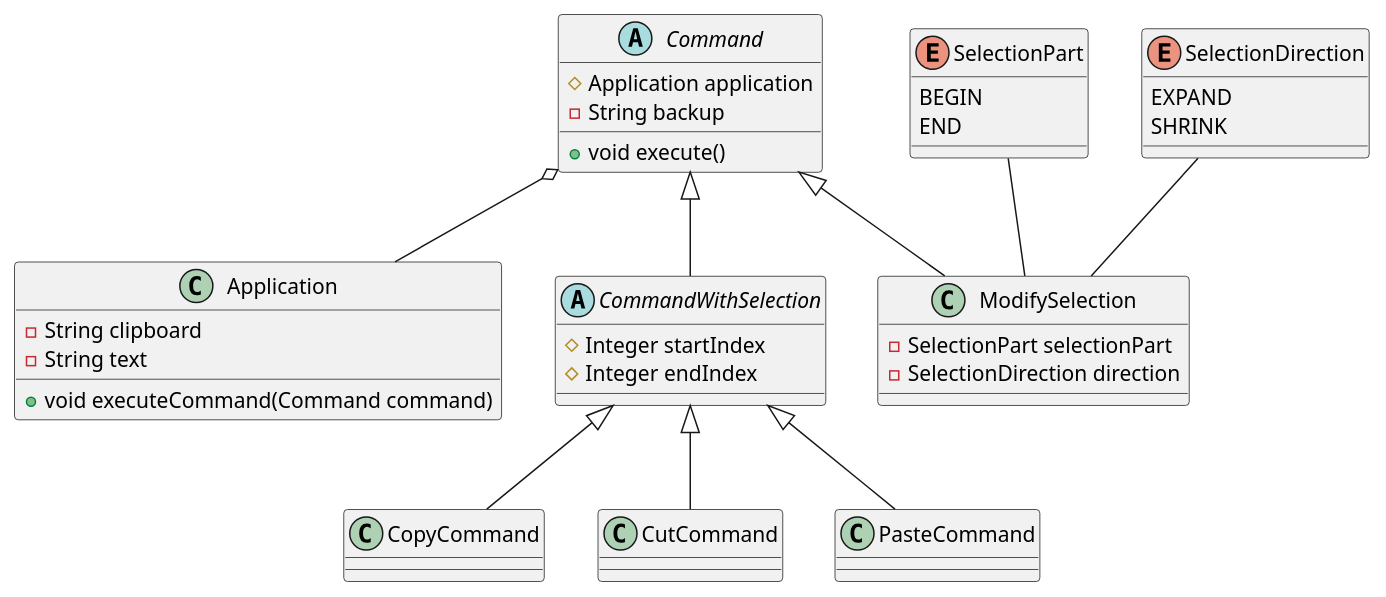
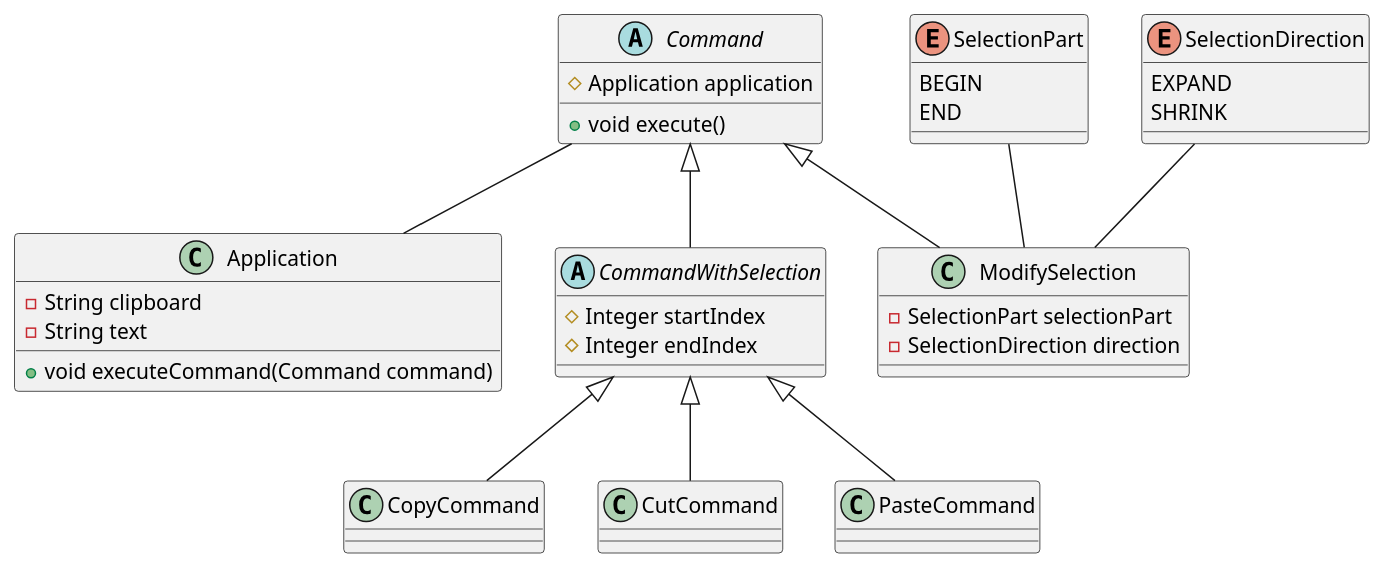
The diagram in conception/ClassDiagramm_v1.puml (pixselve-school/OMD-TP2), drawn with PlantUML before and after one commit. The commit also changed 3 other files, not shown here.

```diff
--- a/conception/ClassDiagramm_v1.puml
+++ b/conception/ClassDiagramm_v1.puml
@@ -1,57 +1,56 @@
 @startuml
 'https://plantuml.com/class-diagram
 
 class Application{
     -String clipboard
     -String text
     +void executeCommand(Command command)
 }
 
 abstract class Command{
     #Application application
-    -String backup
     +void execute()
 }
 
 Command <|-- CommandWithSelection
 
 abstract class CommandWithSelection{
     #Integer startIndex
     #Integer endIndex
 }
 
 CommandWithSelection <|-- CopyCommand
 CommandWithSelection <|-- CutCommand
 CommandWithSelection <|-- PasteCommand
 Command <|-- ModifySelection
 
 class CopyCommand{
 }
 
 class CutCommand{
 }
 
 class PasteCommand{
 }
 
 class ModifySelection{
     -SelectionPart selectionPart
     -SelectionDirection direction
 }
 
 enum SelectionPart {
   BEGIN
   END
 }
 
 enum SelectionDirection {
   EXPAND
   SHRINK
 }
 
-Command o-- Application
+Command -- Application
 
 SelectionDirection -- ModifySelection
 SelectionPart -- ModifySelection
 
 @enduml
```
